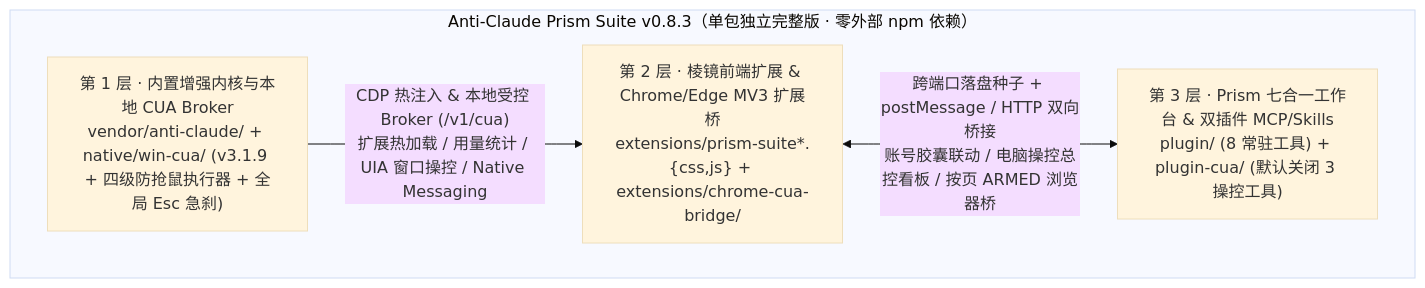
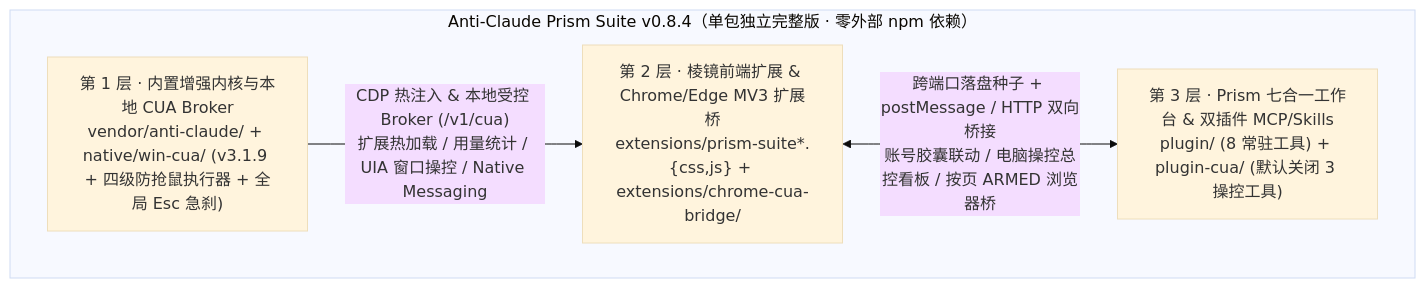
One commit to wushuai0802/anti-claude-prism-suite changed the diagram in README.md. Above: the diagram before and after it, drawn with Mermaid (base theme). The commit also changed other lines of this file and 17 other files, not shown here.

````diff
--- a/README.md
+++ b/README.md
@@ -116,11 +116,11 @@
 ```mermaid
 flowchart TB
-  subgraph PKG["Anti-Claude Prism Suite v0.8.3（单包独立完整版 · 零外部 npm 依赖）"]
+  subgraph PKG["Anti-Claude Prism Suite v0.8.4（单包独立完整版 · 零外部 npm 依赖）"]
     K["第 1 层 · 内置增强内核与本地 CUA Broker<br/>vendor/anti-claude/ + native/win-cua/ (v3.1.9 + 四级防抢鼠执行器 + 全局 Esc 急刹)"]
     E["第 2 层 · 棱镜前端扩展 & Chrome/Edge MV3 扩展桥<br/>extensions/prism-suite*.{css,js} + extensions/chrome-cua-bridge/"]
     P["第 3 层 · Prism 七合一工作台 & 双插件 MCP/Skills<br/>plugin/ (8 常驻工具) + plugin-cua/ (默认关闭 3 操控工具)"]
   end
 
   K -->|"CDP 热注入 & 本地受控 Broker (/v1/cua)<br/>扩展热加载 / 用量统计 / UIA 窗口操控 / Native Messaging"| E
   E <-->|"跨端口落盘种子 + postMessage / HTTP 双向桥接<br/>账号胶囊联动 / 电脑操控总控看板 / 按页 ARMED 浏览器桥"| P
 ```
````
